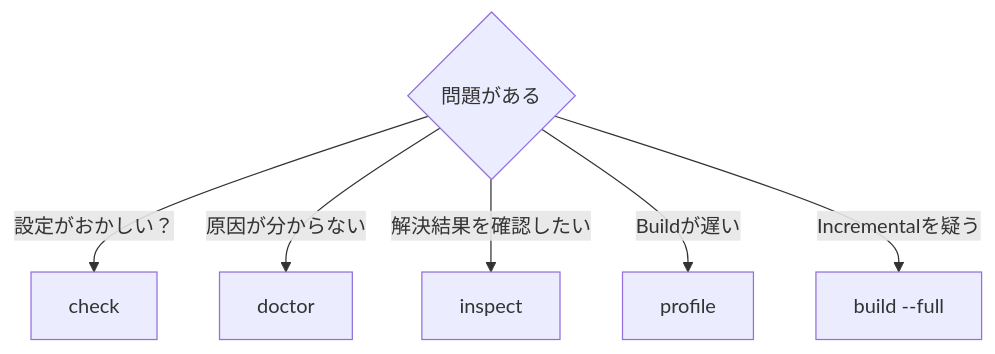
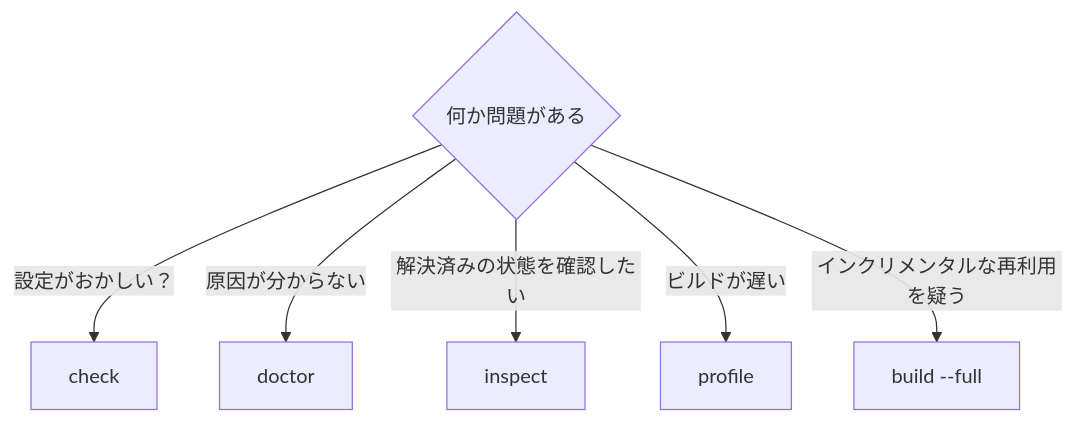
Before and after one commit to Rerurate514/riebeckite: the sixth of 6 diagrams in docs/docs/reference/cli.ja.md, drawn with Mermaid. The commit also changed other lines of this file and 310 other files, not shown here.

````diff
--- a/docs/docs/reference/cli.ja.md
+++ b/docs/docs/reference/cli.ja.md
@@ -656,10 +546,10 @@
 ```mermaid id="9g1nvs"
 flowchart TD
-    Problem{"問題がある"}
+    Problem{"何か問題がある"}
 
     Problem -->|"設定がおかしい？"| Check["check"]
     Problem -->|"原因が分からない"| Doctor["doctor"]
-    Problem -->|"解決結果を確認したい"| Inspect["inspect"]
-    Problem -->|"Buildが遅い"| Profile["profile"]
-    Problem -->|"Incrementalを疑う"| Full["build --full"]
+    Problem -->|"解決済みの状態を確認したい"| Inspect["inspect"]
+    Problem -->|"ビルドが遅い"| Profile["profile"]
+    Problem -->|"インクリメンタルな再利用を疑う"| Full["build --full"]
 ```
````
